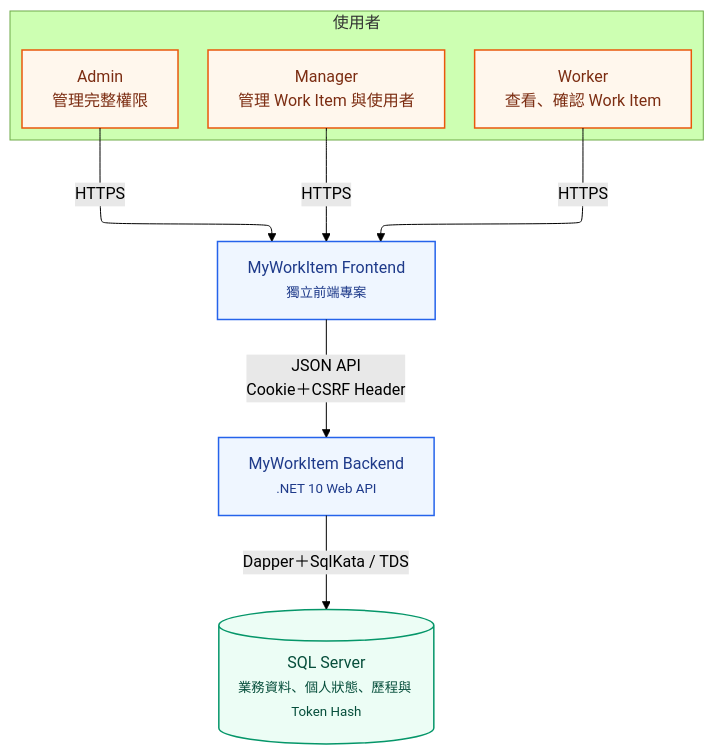
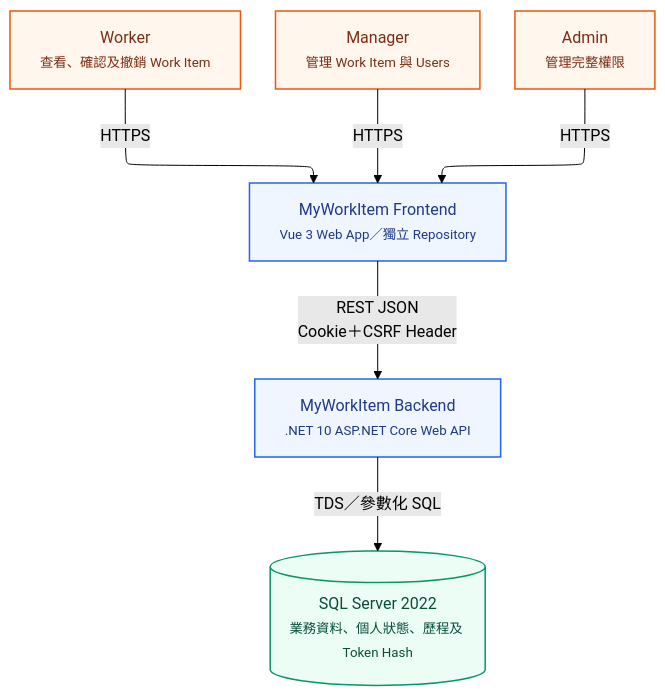
Before and after one commit to JJDing-Louis/MyWorkItem_Backend: the first of 4 diagrams in docs/Architecture.md, drawn with Mermaid (forest theme). The commit also changed other lines of this file and 10 other files, not shown here.

````diff
--- a/docs/Architecture.md
+++ b/docs/Architecture.md
@@ -5,27 +7,23 @@
 ```mermaid
-%%{init: {"flowchart": {"defaultRenderer": "elk", "nodeSpacing": 45, "rankSpacing": 70}}}%%
+%%{init: {"flowchart": {"defaultRenderer": "elk", "nodeSpacing": 55, "rankSpacing": 75}}}%%
 flowchart TD
-    subgraph actors["使用者"]
-        direction TD
-        worker["Worker<br/>查看、確認 Work Item"]
-        manager["Manager<br/>管理 Work Item 與使用者"]
-        admin["Admin<br/>管理完整權限"]
-    end
-
-    frontend["MyWorkItem Frontend<br/><small>獨立前端專案</small>"]
-    backend["MyWorkItem Backend<br/><small>.NET 10 Web API</small>"]
-    database[("SQL Server<br/><small>業務資料、個人狀態、歷程與 Token Hash</small>")]
+    worker["Worker<br/><small>查看、確認及撤銷 Work Item</small>"]
+    manager["Manager<br/><small>管理 Work Item 與 Users</small>"]
+    admin["Admin<br/><small>管理完整權限</small>"]
+    frontend["MyWorkItem Frontend<br/><small>Vue 3 Web App／獨立 Repository</small>"]
+    backend["MyWorkItem Backend<br/><small>.NET 10 ASP.NET Core Web API</small>"]
+    database[("SQL Server 2022<br/><small>業務資料、個人狀態、歷程及 Token Hash</small>")]
 
     worker -->|"HTTPS"| frontend
     manager -->|"HTTPS"| frontend
     admin -->|"HTTPS"| frontend
-    frontend -->|"JSON API<br/>Cookie＋CSRF Header"| backend
-    backend -->|"Dapper＋SqlKata / TDS"| database
+    frontend -->|"REST JSON<br/>Cookie＋CSRF Header"| backend
+    backend -->|"TDS／參數化 SQL"| database
 
     classDef person fill:#FFF7ED,stroke:#EA580C,color:#7C2D12,stroke-width:1.5px;
     classDef system fill:#EFF6FF,stroke:#2563EB,color:#1E3A8A,stroke-width:1.5px;
     classDef storage fill:#ECFDF5,stroke:#059669,color:#064E3B,stroke-width:1.5px;
     class worker,manager,admin person;
     class frontend,backend system;
     class database storage;
 ```
````
